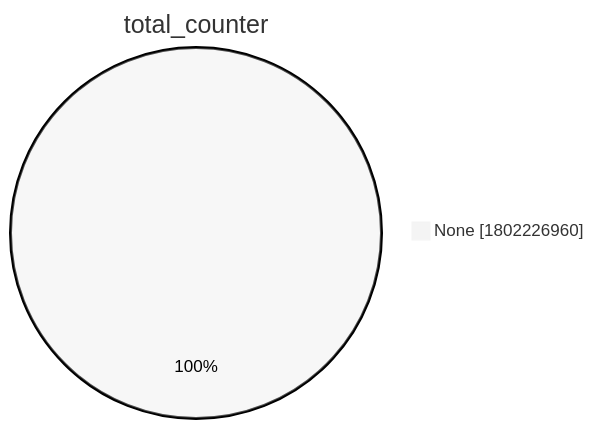
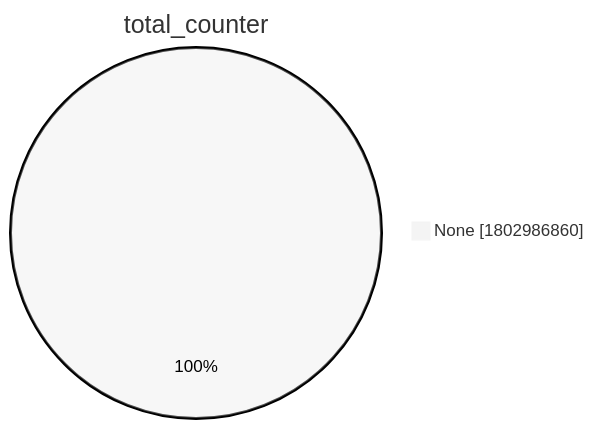
One commit to christiankrug/ctmonitor_visualization changed the second of 15 diagrams in xenon2022/README.md. Above: the diagram before and after it, drawn with Mermaid (neutral theme). The commit also changed other lines of this file, not shown here.

````diff
--- a/xenon2022/README.md
+++ b/xenon2022/README.md
@@ -9,5 +9,5 @@
 ```mermaid
 pie showData
 title total_counter
-"None" :1802226960
+"None" :1802986860
 ```
````
